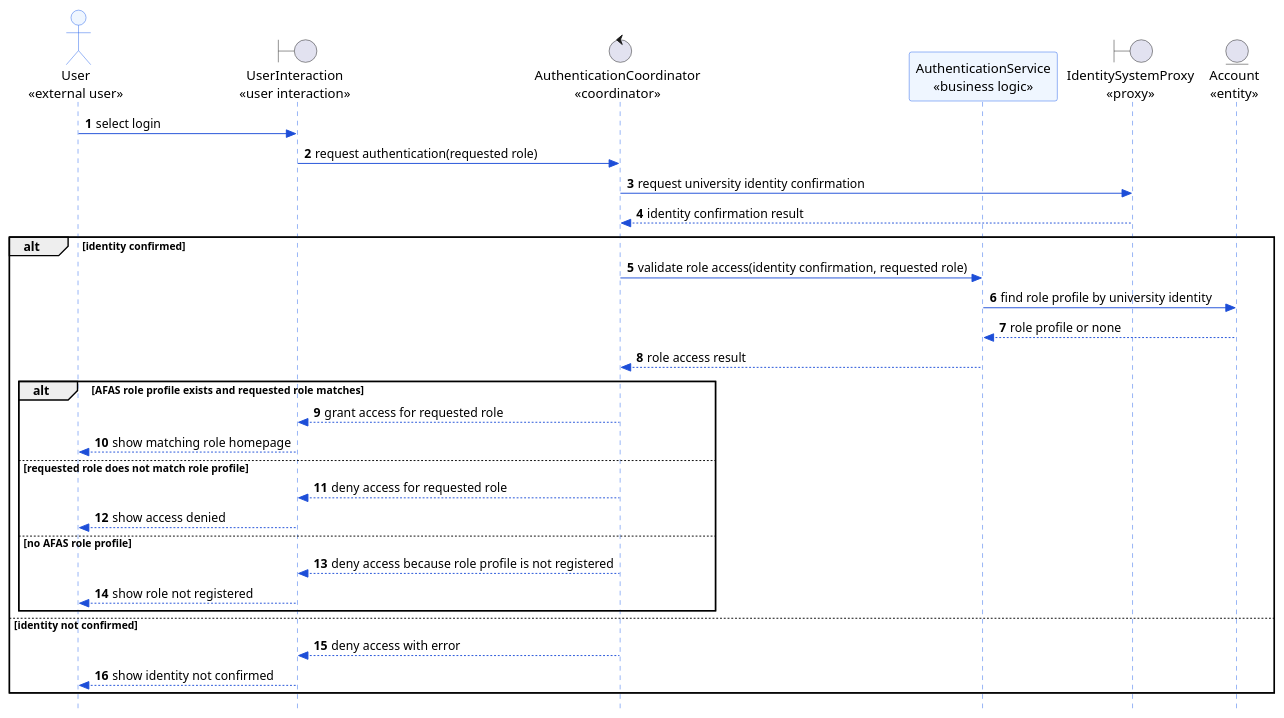
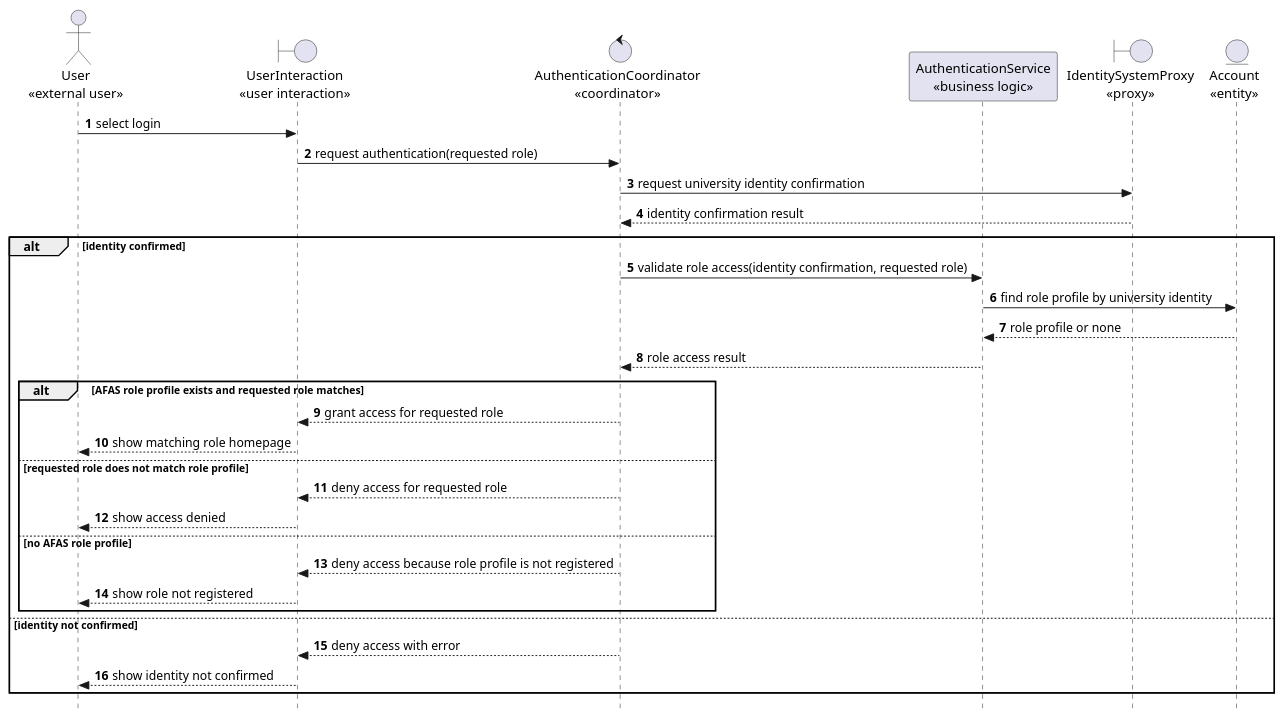
One commit to nttung42/SWD392 changed the seventh of 29 diagrams in docs/sds/2_Analysis.md. Above: the diagram before and after it, drawn with PlantUML. The commit also changed other lines of this file and 1 other file, not shown here.

````diff
--- a/docs/sds/2_Analysis.md
+++ b/docs/sds/2_Analysis.md
@@ -346,47 +346,38 @@
 ```plantuml
 @startuml
 skinparam style strictuml
-skinparam sequence {
-  LifeLineBorderColor #2563EB
-  LifeLineBackgroundColor #DBEAFE
-  ParticipantBorderColor #2563EB
-  ParticipantBackgroundColor #EFF6FF
-  ActorBorderColor #2563EB
-  ActorBackgroundColor #EFF6FF
-  ArrowColor #1D4ED8
-}
 autonumber
 actor "User\n«external user»" as User
 boundary "UserInteraction\n«user interaction»" as AccessUI
 control "AuthenticationCoordinator\n«coordinator»" as AuthControl
 participant "AuthenticationService\n«business logic»" as AuthRules
 boundary "IdentitySystemProxy\n«proxy»" as UISInterface
 entity "Account\n«entity»" as Account
 
 User -> AccessUI : select login
 AccessUI -> AuthControl : request authentication(requested role)
 
 AuthControl -> UISInterface : request university identity confirmation
 UISInterface --> AuthControl : identity confirmation result
 
 alt identity confirmed
   AuthControl -> AuthRules : validate role access(identity confirmation, requested role)
   AuthRules -> Account : find role profile by university identity
   Account --> AuthRules : role profile or none
   AuthRules --> AuthControl : role access result
   alt AFAS role profile exists and requested role matches
     AuthControl --> AccessUI : grant access for requested role
     AccessUI --> User : show matching role homepage
   else requested role does not match role profile
     AuthControl --> AccessUI : deny access for requested role
     AccessUI --> User : show access denied
   else no AFAS role profile
     AuthControl --> AccessUI : deny access because role profile is not registered
     AccessUI --> User : show role not registered
   end
 else identity not confirmed
   AuthControl --> AccessUI : deny access with error
   AccessUI --> User : show identity not confirmed
 end
 @enduml
 ```
````
